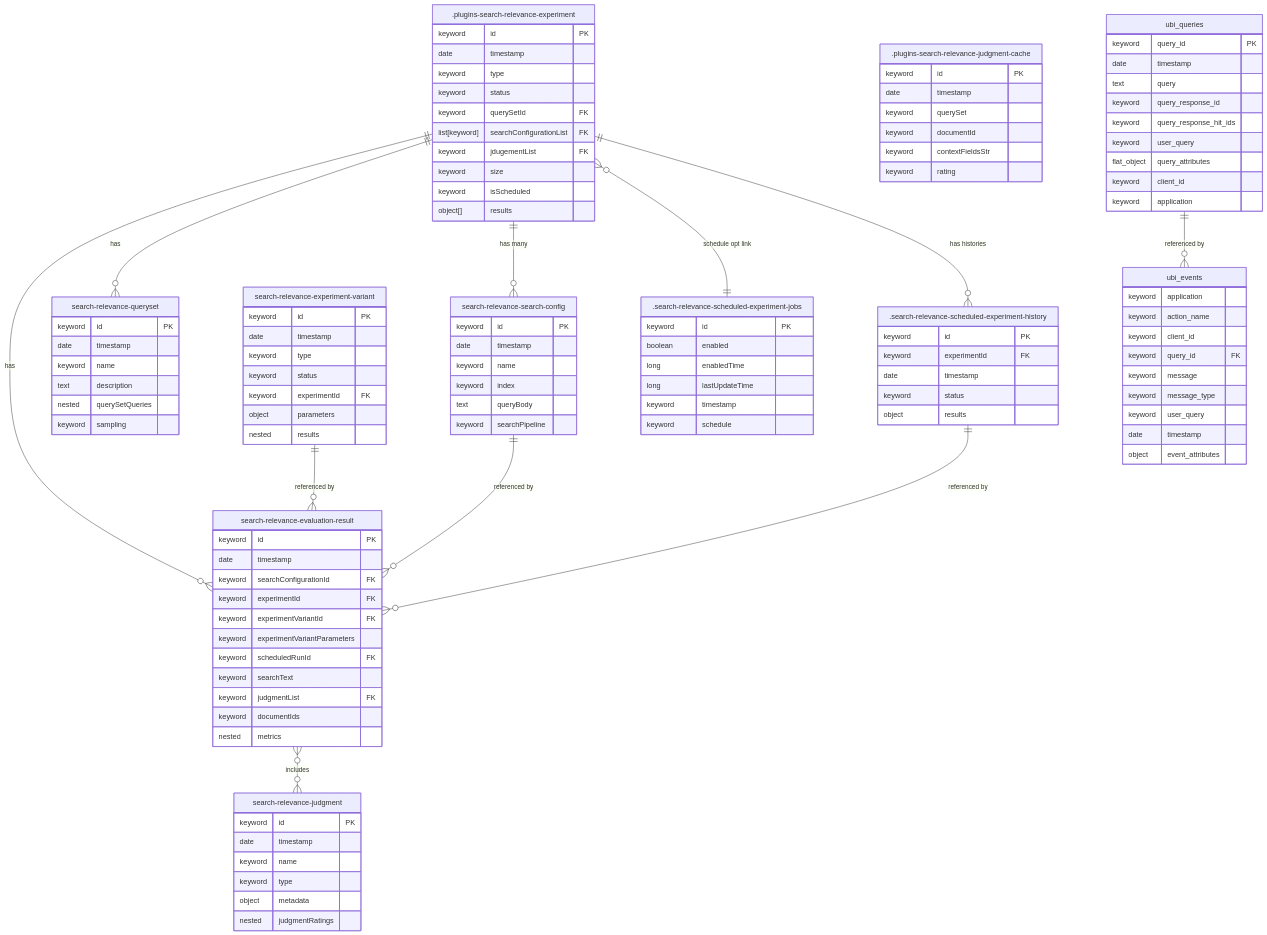
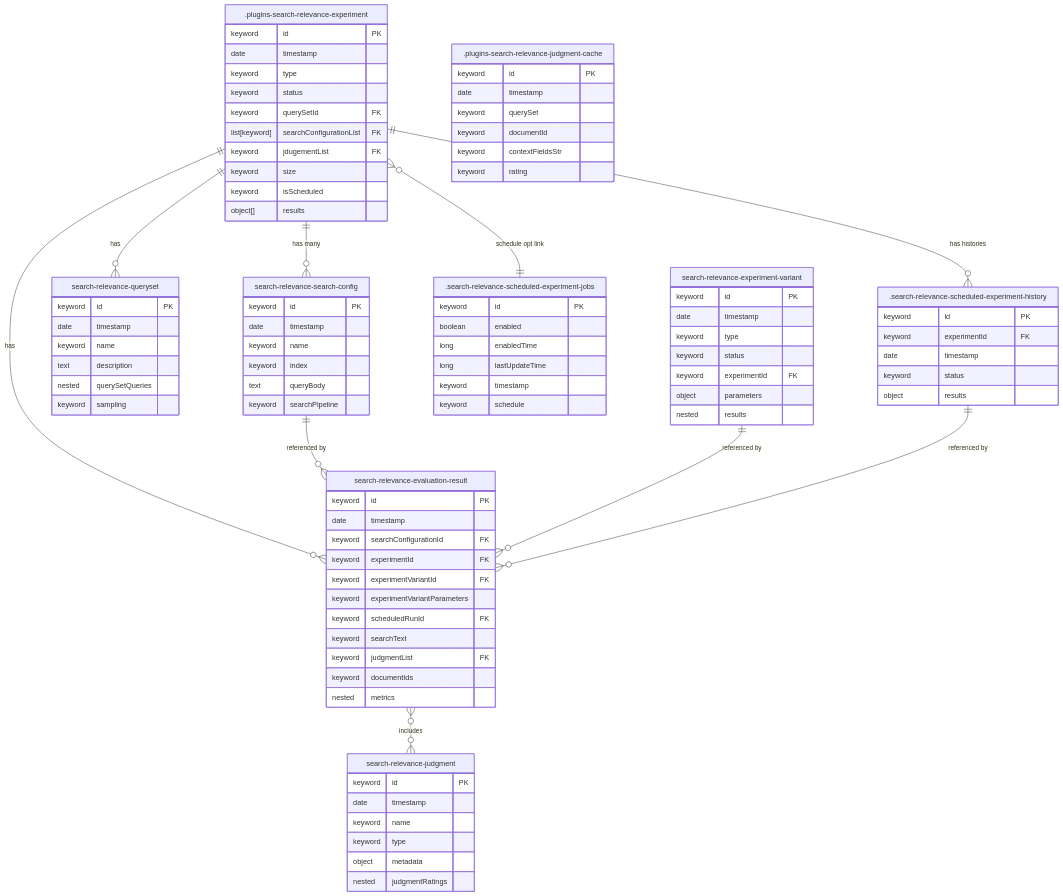
One commit to opensearch-project/search-relevance changed the first of 5 diagrams in DEVELOPER_GUIDE.md. Above: the diagram before and after it, drawn with Mermaid.

Commit message:
splits erd into two to have better formatting

````diff
--- a/DEVELOPER_GUIDE.md
+++ b/DEVELOPER_GUIDE.md
@@ -397,29 +397,7 @@
       keyword status
       object results
     }
-    ubi_events {
-      keyword application
-      keyword action_name
-      keyword client_id
-      keyword query_id FK
-      keyword message
-      keyword message_type
-      keyword user_query
-      date timestamp
-      object event_attributes
-    }
-    ubi_queries {
-      keyword query_id PK
-      date timestamp
-      text query
-      keyword query_response_id
-      keyword query_response_hit_ids
-      keyword user_query
-      flat_object query_attributes
-      keyword client_id
-      keyword application
-    }
-    
+
     ".plugins-search-relevance-experiment" ||--o{ search-relevance-evaluation-result : has
     ".plugins-search-relevance-experiment" ||--o{ search-relevance-queryset : has
     ".plugins-search-relevance-experiment" ||--o{ search-relevance-search-config : "has many"
@@ -429,6 +407,5 @@
     search-relevance-evaluation-result }o--o{ search-relevance-judgment : includes
     ".plugins-search-relevance-experiment" }o--|| ".search-relevance-scheduled-experiment-jobs" : "schedule opt link"
     ".plugins-search-relevance-experiment" ||--o{ ".search-relevance-scheduled-experiment-history" : "has histories"
-    ubi_queries ||--o{ ubi_events : "referenced by"
     
 ```
````
